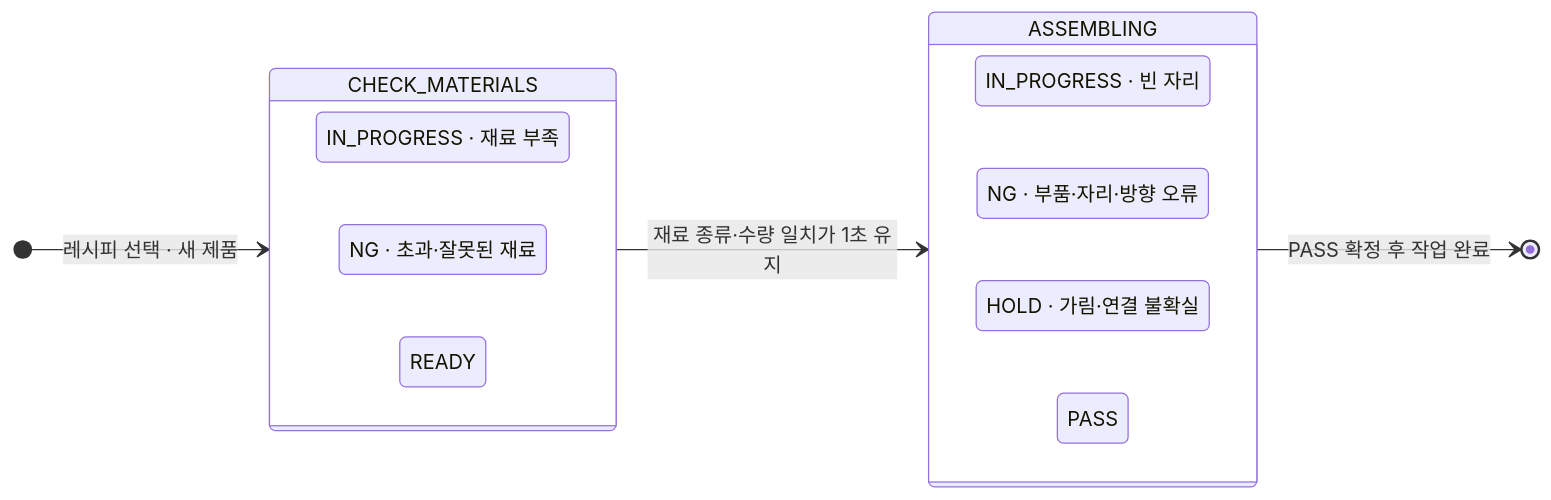
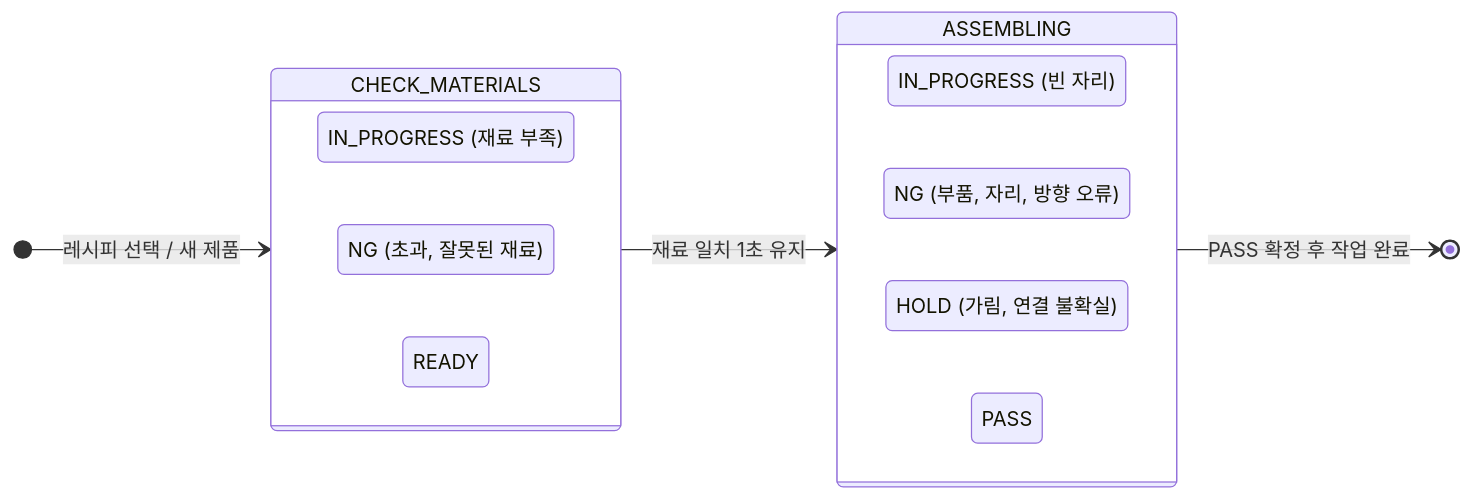
The second of 2 diagrams in README.md (hmy7788/SmartFactory_Vision_Project2), drawn with Mermaid before and after one commit. The commit also changed other lines of this file, not shown here.

````diff
--- a/README.md
+++ b/README.md
@@ -176,20 +177,20 @@
 ```mermaid
 stateDiagram-v2
     direction LR
-    [*] --> CHECK_MATERIALS: 레시피 선택 · 새 제품
-    CHECK_MATERIALS --> ASSEMBLING: 재료 종류·수량 일치가 1초 유지
+    [*] --> CHECK_MATERIALS: 레시피 선택 / 새 제품
+    CHECK_MATERIALS --> ASSEMBLING: 재료 일치 1초 유지
     ASSEMBLING --> [*]: PASS 확정 후 작업 완료
     state CHECK_MATERIALS {
         direction LR
-        m_wait: IN_PROGRESS · 재료 부족
-        m_ng: NG · 초과·잘못된 재료
+        m_wait: IN_PROGRESS (재료 부족)
+        m_ng: NG (초과, 잘못된 재료)
         m_ready: READY
     }
     state ASSEMBLING {
         direction LR
-        a_wait: IN_PROGRESS · 빈 자리
-        a_ng: NG · 부품·자리·방향 오류
-        a_hold: HOLD · 가림·연결 불확실
+        a_wait: IN_PROGRESS (빈 자리)
+        a_ng: NG (부품, 자리, 방향 오류)
+        a_hold: HOLD (가림, 연결 불확실)
         a_pass: PASS
     }
 ```
````
